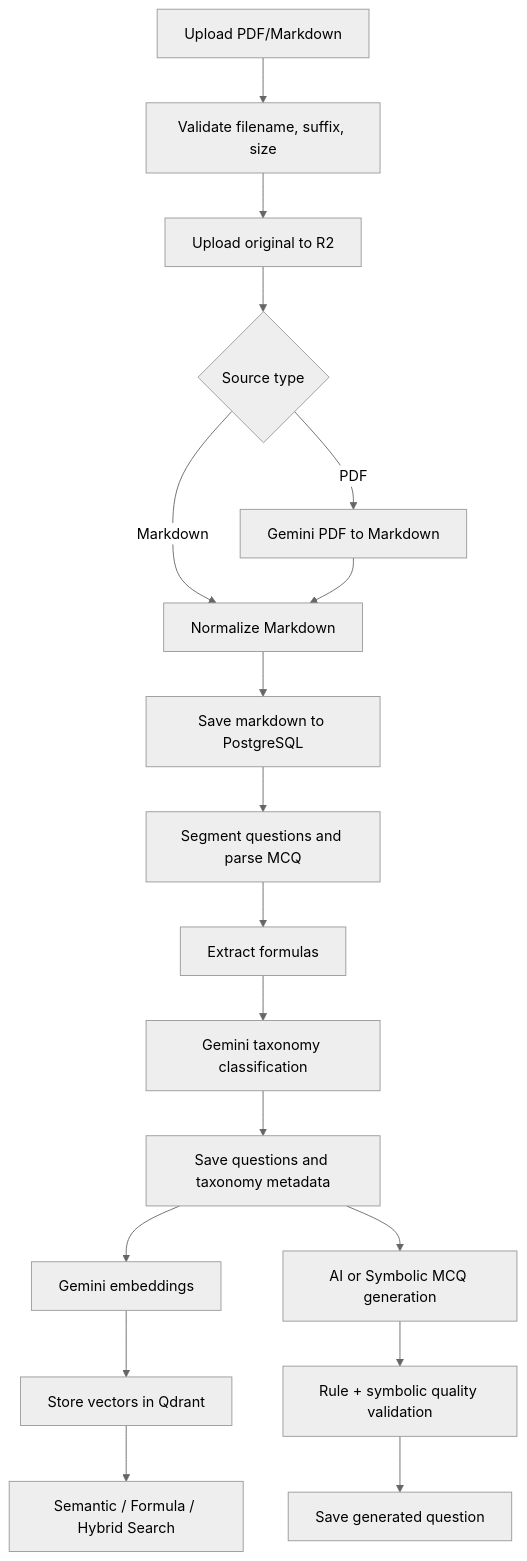
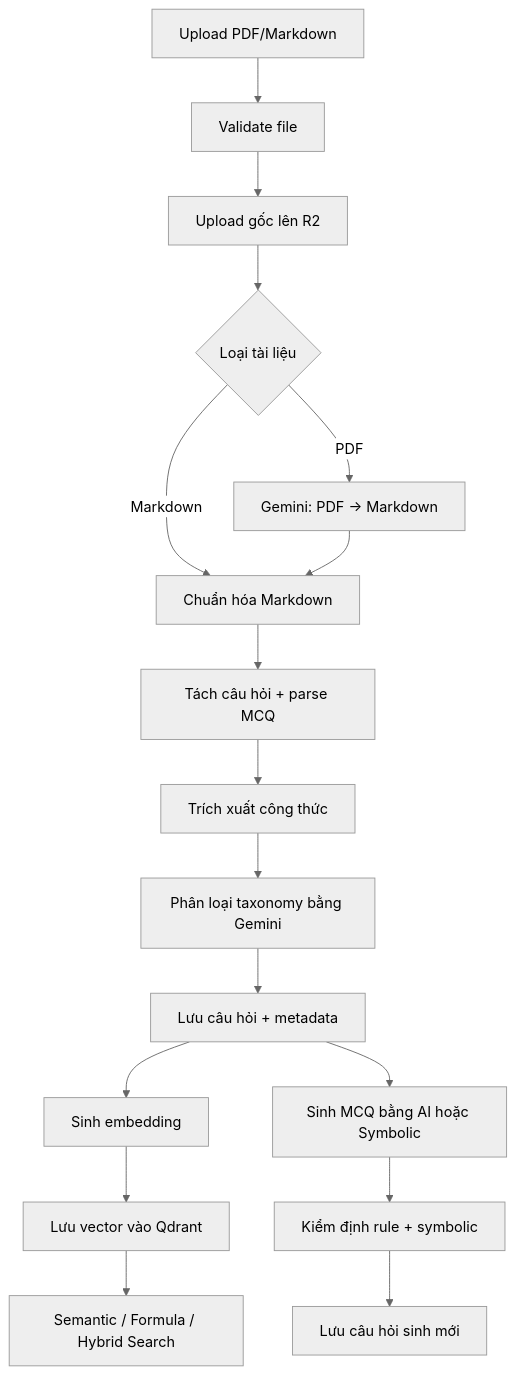
One commit to ShNam12/math-matching-ai changed the second of 2 diagrams in README.md. Above: the diagram before and after it, drawn with Mermaid (neutral theme). The commit also changed other lines of this file, not shown here.

````diff
--- a/README.md
+++ b/README.md
@@ -195,20 +111,19 @@
 ```mermaid
 flowchart TD
-    Upload[Upload PDF/Markdown] --> Validate[Validate filename, suffix, size]
-    Validate --> StoreOriginal[Upload original to R2]
-    StoreOriginal --> Convert{Source type}
-    Convert -->|Markdown| Normalize[Normalize Markdown]
-    Convert -->|PDF| GeminiPDF[Gemini PDF to Markdown]
+    Upload[Upload PDF/Markdown] --> Validate[Validate file]
+    Validate --> StoreOriginal[Upload gốc lên R2]
+    StoreOriginal --> Convert{Loại tài liệu}
+    Convert -->|Markdown| Normalize[Chuẩn hóa Markdown]
+    Convert -->|PDF| GeminiPDF[Gemini: PDF → Markdown]
     GeminiPDF --> Normalize
-    Normalize --> SaveMarkdown[Save markdown to PostgreSQL]
-    SaveMarkdown --> Segment[Segment questions and parse MCQ]
-    Segment --> ExtractFormula[Extract formulas]
-    ExtractFormula --> Classify[Gemini taxonomy classification]
-    Classify --> SaveQuestions[Save questions and taxonomy metadata]
-    SaveQuestions --> Embed[Gemini embeddings]
-    Embed --> Qdrant[Store vectors in Qdrant]
+    Normalize --> Segment[Tách câu hỏi + parse MCQ]
+    Segment --> ExtractFormula[Trích xuất công thức]
+    ExtractFormula --> Classify[Phân loại taxonomy bằng Gemini]
+    Classify --> SaveQuestions[Lưu câu hỏi + metadata]
+    SaveQuestions --> Embed[Sinh embedding]
+    Embed --> Qdrant[Lưu vector vào Qdrant]
     Qdrant --> Search[Semantic / Formula / Hybrid Search]
-    SaveQuestions --> Generate[AI or Symbolic MCQ generation]
-    Generate --> ValidateMCQ[Rule + symbolic quality validation]
-    ValidateMCQ --> SaveGenerated[Save generated question]
+    SaveQuestions --> Generate[Sinh MCQ bằng AI hoặc Symbolic]
+    Generate --> ValidateMCQ[Kiểm định rule + symbolic]
+    ValidateMCQ --> SaveGenerated[Lưu câu hỏi sinh mới]
 ```
````
